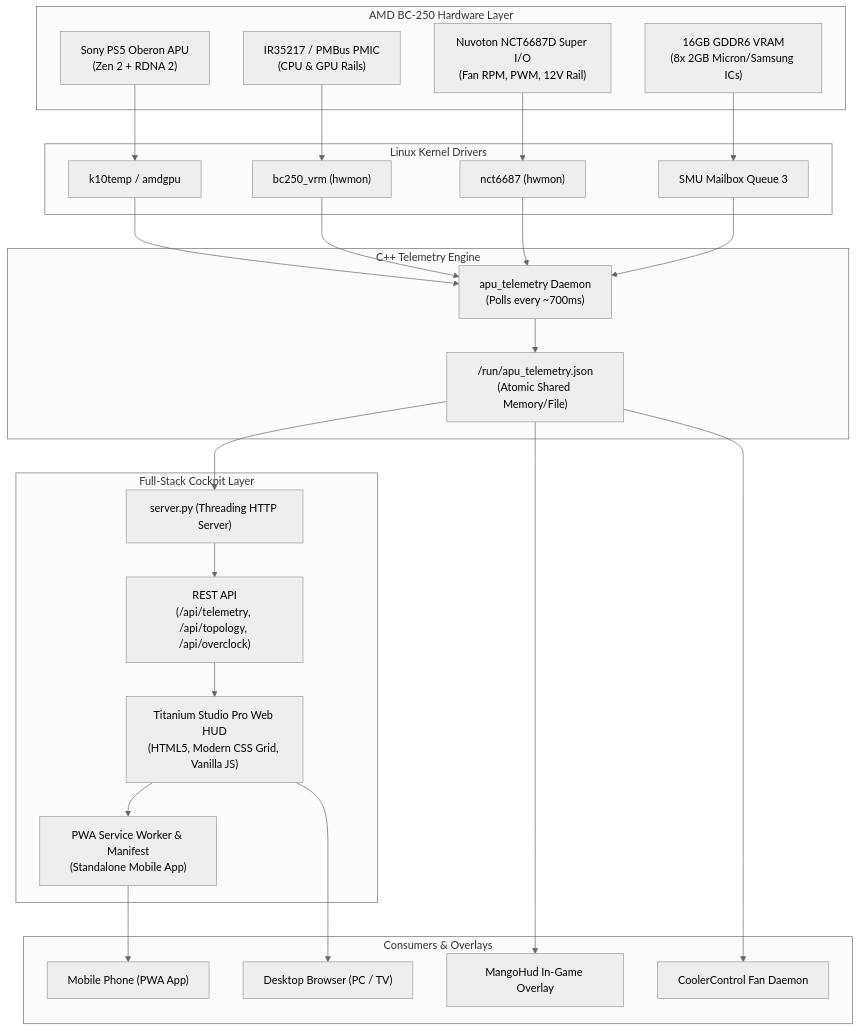
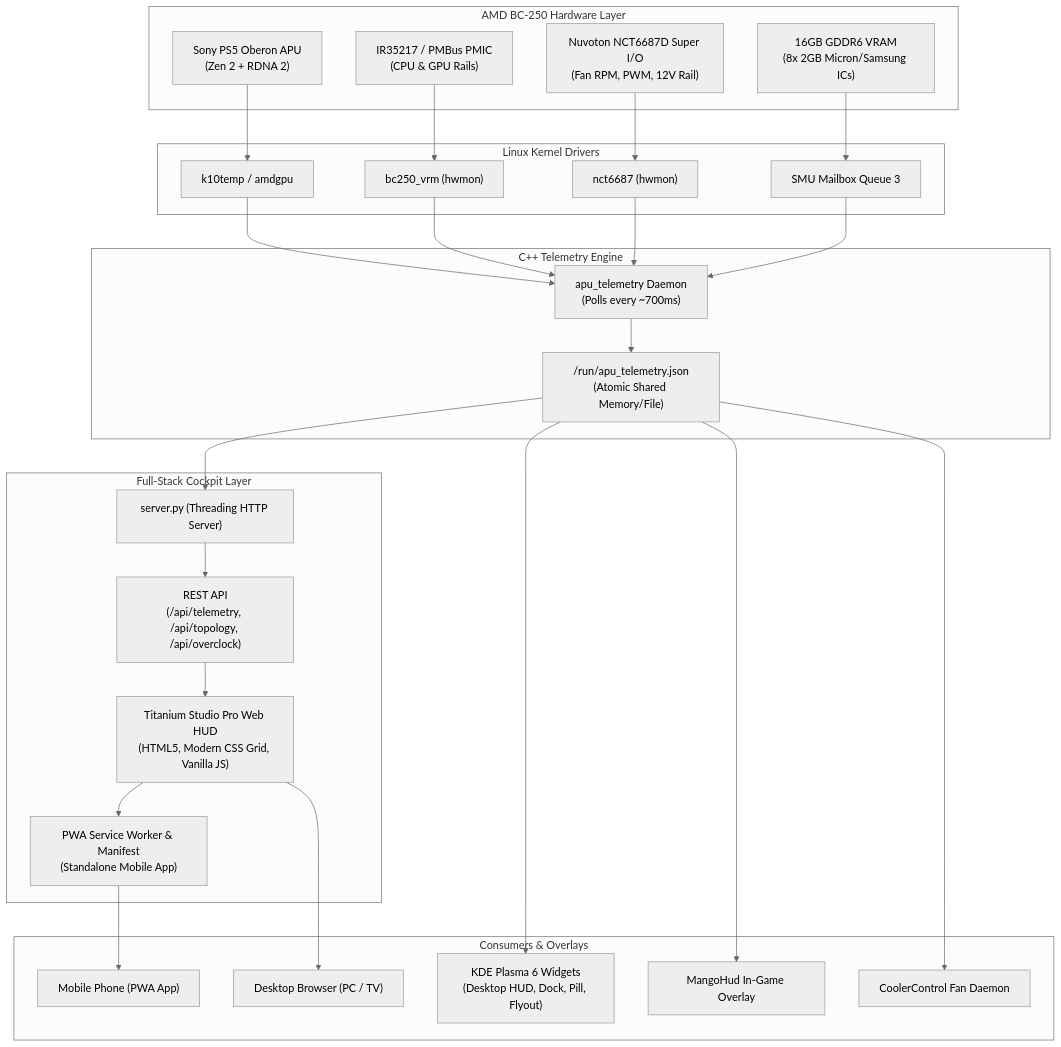
Before and after one commit to Snk-B/BC250-Cockpit-Pro: the diagram in README.md, drawn with Mermaid (neutral theme). The commit also changed other lines of this file and 37 other files, not shown here.

First line of the commit message:
feat(suite): v1.1.0 - KDE Plasma 6 Cyber Widgets Suite, live load B?zier splines & authentic showcase

````diff
--- a/README.md
+++ b/README.md
@@ -82,65 +84,68 @@
 ```mermaid
 flowchart TD
     subgraph Hardware["AMD BC-250 Hardware Layer"]
         APU["Sony PS5 Oberon APU
 (Zen 2 + RDNA 2)"]
         VRM["IR35217 / PMBus PMIC
 (CPU & GPU Rails)"]
         SIO["Nuvoton NCT6687D Super I/O
 (Fan RPM, PWM, 12V Rail)"]
         GDDR6["16GB GDDR6 VRAM
 (8x 2GB Micron/Samsung ICs)"]
     end
 
     subgraph Kernel["Linux Kernel Drivers"]
         K1["k10temp / amdgpu"]
         K2["bc250_vrm (hwmon)"]
         K3["nct6687 (hwmon)"]
         K4["SMU Mailbox Queue 3"]
     end
 
     subgraph Daemon["C++ Telemetry Engine"]
         DAEMON["apu_telemetry Daemon
 (Polls every ~700ms)"]
         JSON["/run/apu_telemetry.json
 (Atomic Shared Memory/File)"]
     end
 
     subgraph WebApp["Full-Stack Cockpit Layer"]
         SRV["server.py (Threading HTTP Server)"]
         REST["REST API
 (/api/telemetry, /api/topology, /api/overclock)"]
         HUD["Titanium Studio Pro Web HUD
 (HTML5, Modern CSS Grid, Vanilla JS)"]
         PWA["PWA Service Worker & Manifest
 (Standalone Mobile App)"]
     end
 
     subgraph Clients["Consumers & Overlays"]
         MOB["Mobile Phone (PWA App)"]
         DESK["Desktop Browser (PC / TV)"]
+        PLAS["KDE Plasma 6 Widgets
+(Desktop HUD, Dock, Pill, Flyout)"]
         MANGO["MangoHud In-Game Overlay"]
         COOL["CoolerControl Fan Daemon"]
     end
 
     APU --> K1
     VRM --> K2
     SIO --> K3
     GDDR6 --> K4
 
     K1 --> DAEMON
     K2 --> DAEMON
     K3 --> DAEMON
     K4 --> DAEMON
 
     DAEMON --> JSON
     JSON --> SRV
     SRV --> REST
     REST --> HUD
     HUD --> PWA
 
     PWA --> MOB
     HUD --> DESK
+    JSON --> PLAS
     JSON --> MANGO
     JSON --> COOL
 ```
````
